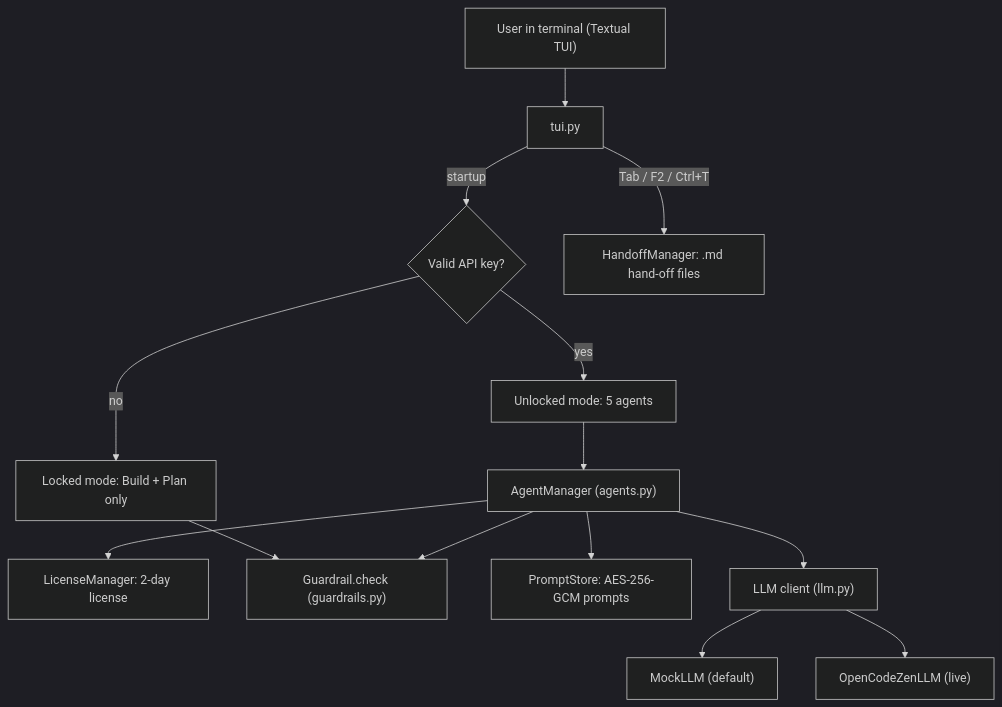
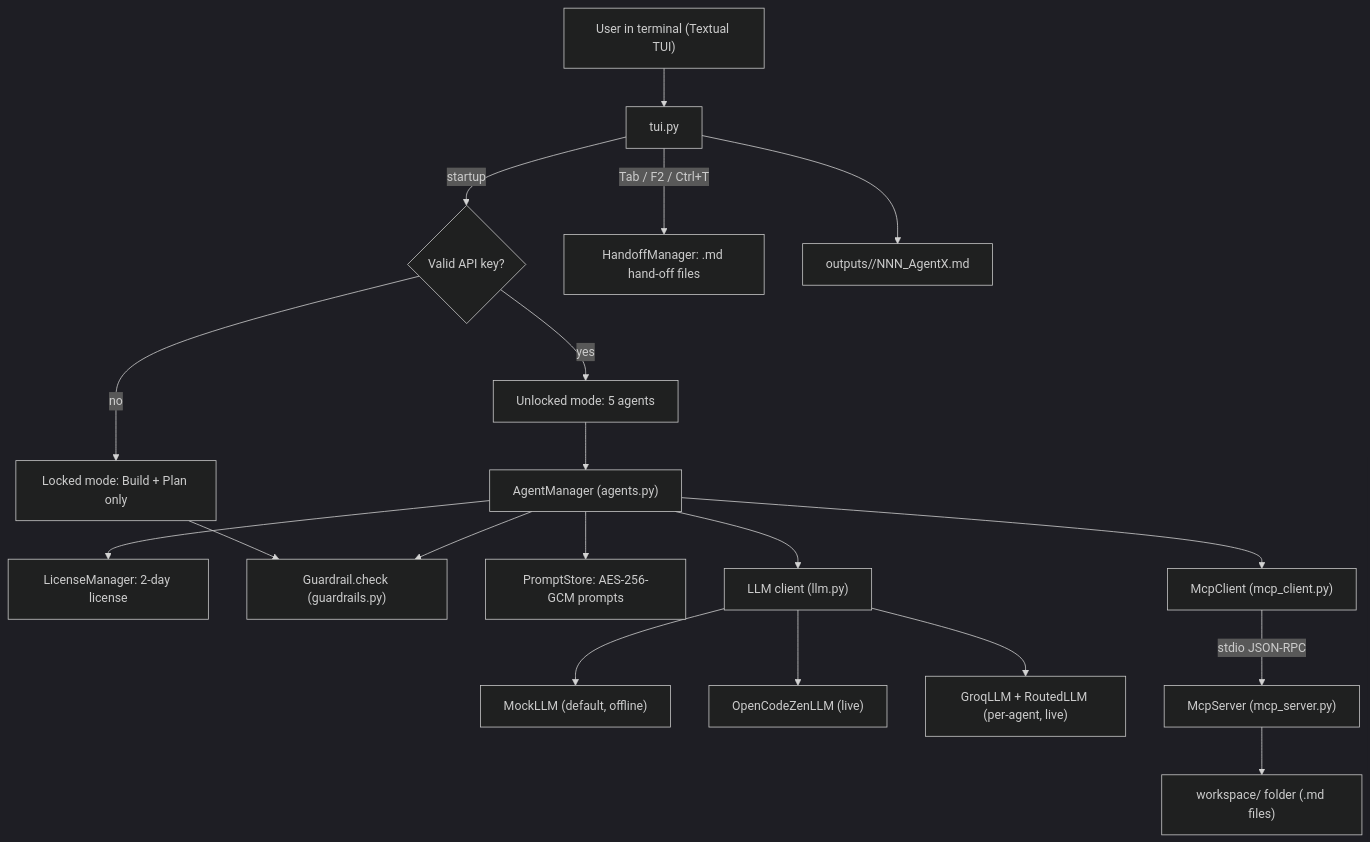
Before and after one commit to CodePokemon-p/GameCode: the first of 2 diagrams in README.md, drawn with Mermaid (dark theme). The commit also changed other lines of this file, not shown here.

Commit message:
docs(readme): add MCP tool-calling, skills, updated diagrams and known limitations to match implementation

````diff
--- a/README.md
+++ b/README.md
@@ -9,16 +11,21 @@
 ```mermaid
 flowchart TD
     U["User in terminal (Textual TUI)"] --> T["tui.py"]
     T -->|"startup"| K{"Valid API key?"}
     K -->|"yes"| UN["Unlocked mode: 5 agents"]
     K -->|"no"| LK["Locked mode: Build + Plan only"]
     UN --> AM["AgentManager (agents.py)"]
     AM --> LIC["LicenseManager: 2-day license"]
     AM --> G["Guardrail.check (guardrails.py)"]
     AM --> PS["PromptStore: AES-256-GCM prompts"]
     AM --> LLM["LLM client (llm.py)"]
-    LLM --> M["MockLLM (default)"]
+    LLM --> M["MockLLM (default, offline)"]
     LLM --> Z["OpenCodeZenLLM (live)"]
+    LLM --> Q["GroqLLM + RoutedLLM (per-agent, live)"]
+    AM --> MCPC["McpClient (mcp_client.py)"]
+    MCPC -->|"stdio JSON-RPC"| MCPS["McpServer (mcp_server.py)"]
+    MCPS --> WS["workspace/ folder (.md files)"]
     T -->|"Tab / F2 / Ctrl+T"| H["HandoffManager: .md hand-off files"]
+    T --> OUT["outputs/<session>/NNN_AgentX.md"]
     LK --> G
 ```
````
